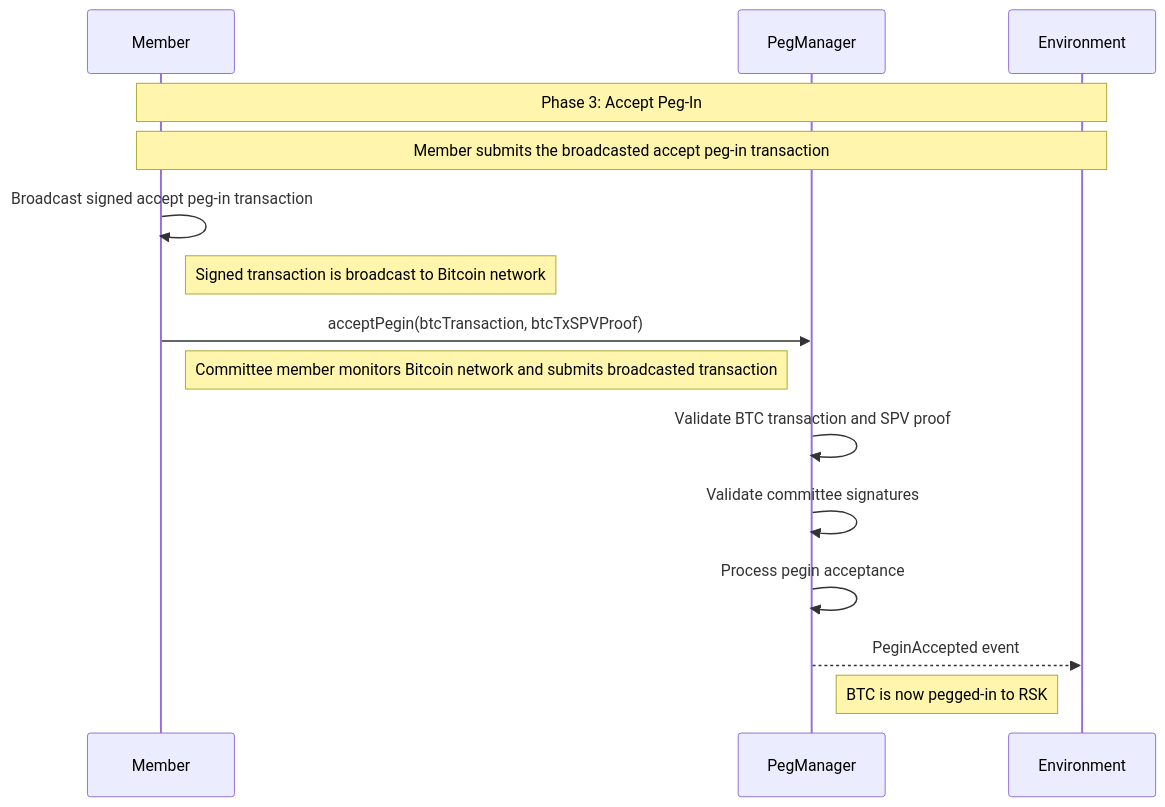
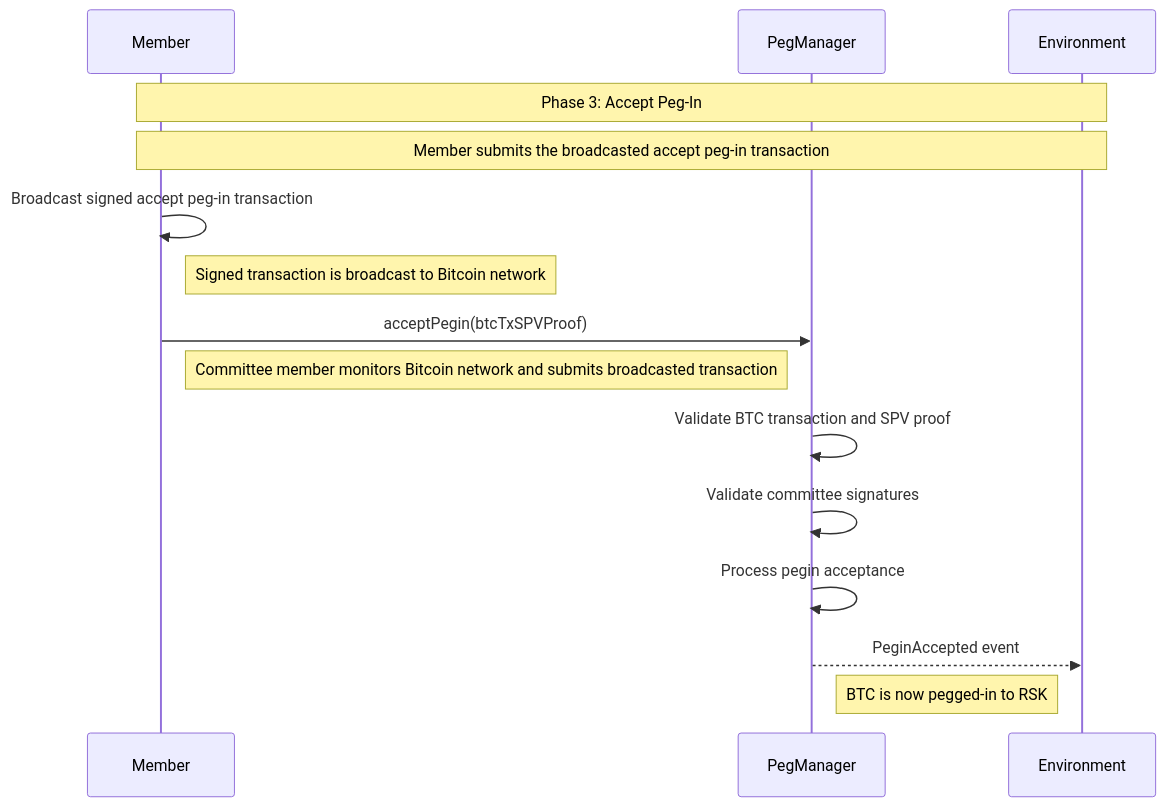
One commit to rsksmart/union-bridge-contracts changed the seventh of 11 diagrams in README.md. Above: the diagram before and after it, drawn with Mermaid. The commit also changed other lines of this file, not shown here.

Commit message:
Update diagrams after CommitteRegistry split

````diff
--- a/README.md
+++ b/README.md
@@ -241,20 +254,20 @@
 ```mermaid
 sequenceDiagram
     participant M as Member
     participant PM as PegManager
     participant ENV as Environment
 
     Note over M,ENV: Phase 3: Accept Peg-In
     Note over M,ENV: Member submits the broadcasted accept peg-in transaction
 
     M->>M: Broadcast signed accept peg-in transaction
     Note right of M: Signed transaction is broadcast to Bitcoin network
 
-    M->>PM: acceptPegin(btcTransaction, btcTxSPVProof)
+    M->>PM: acceptPegin(btcTxSPVProof)
     Note right of M: Committee member monitors Bitcoin network and submits broadcasted transaction
     PM->>PM: Validate BTC transaction and SPV proof
     PM->>PM: Validate committee signatures
     PM->>PM: Process pegin acceptance
     PM-->>ENV: PeginAccepted event
     Note right of PM: BTC is now pegged-in to RSK
 ```
````
